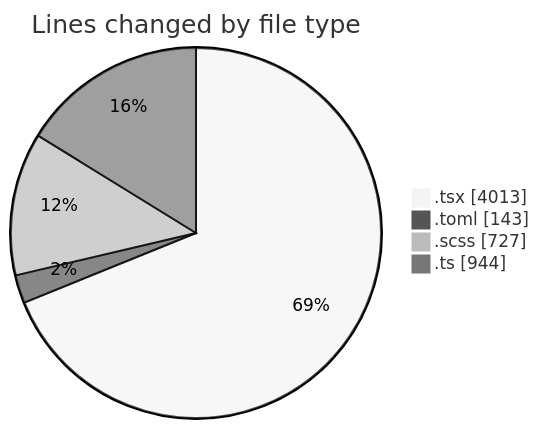
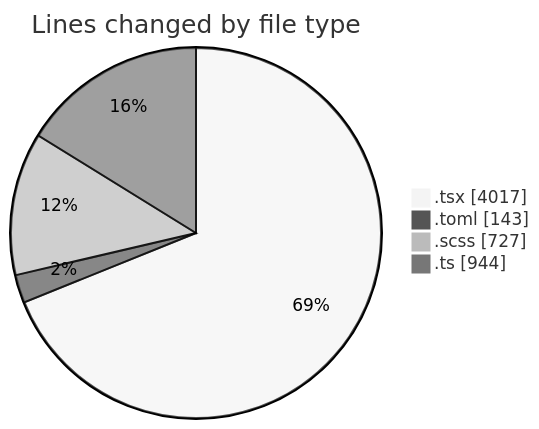
One commit to momahboobian/code-tracking changed the first of 2 diagrams in 2026-11-02/cda/README.md. Above: the diagram before and after it, drawn with Mermaid (neutral theme). The commit also changed other lines of this file and 1 other file, not shown here.

````diff
--- a/2026-11-02/cda/README.md
+++ b/2026-11-02/cda/README.md
@@ -58,8 +58,8 @@
 ```mermaid
 pie showData
 title Lines changed by file type
-".tsx" : 4013
+".tsx" : 4017
 ".toml" : 143
 ".scss" : 727
 ".ts" : 944
 ```
````
